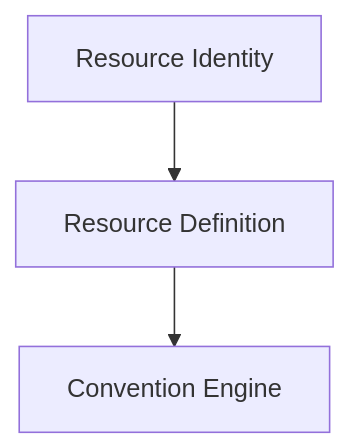
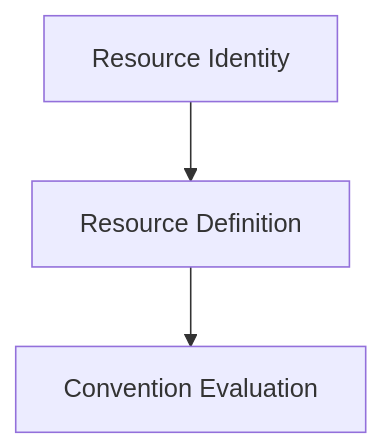
The diagram in specification/resource-definition.md (lksnext/iac-resource-conventions), drawn with Mermaid before and after one commit. The commit also changed other lines of this file and 8 other files, not shown here.

Commit message:
docs(specification): refine conceptual architecture

````diff
--- a/specification/resource-definition.md
+++ b/specification/resource-definition.md
@@ -82,5 +101,5 @@
 ```mermaid
 flowchart TD
     RI["Resource Identity"] --> RD["Resource Definition"]
-    RD --> CE["Convention Engine"]
+    RD --> CE["Convention Evaluation"]
 ```
````
